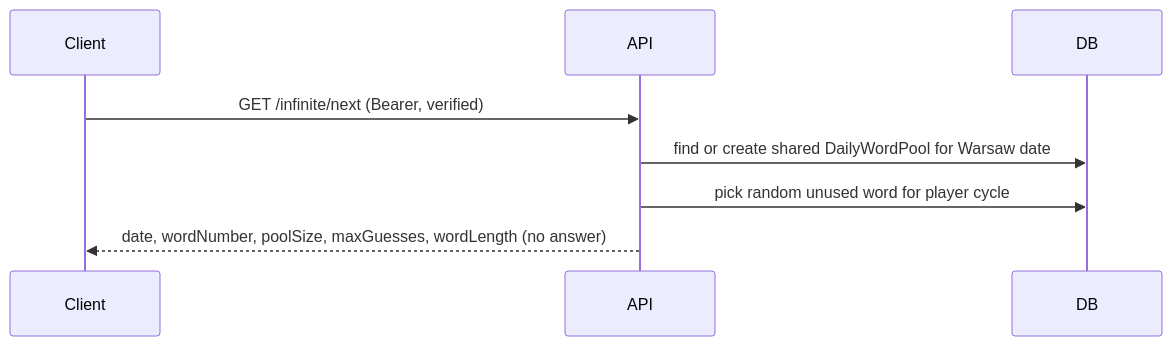
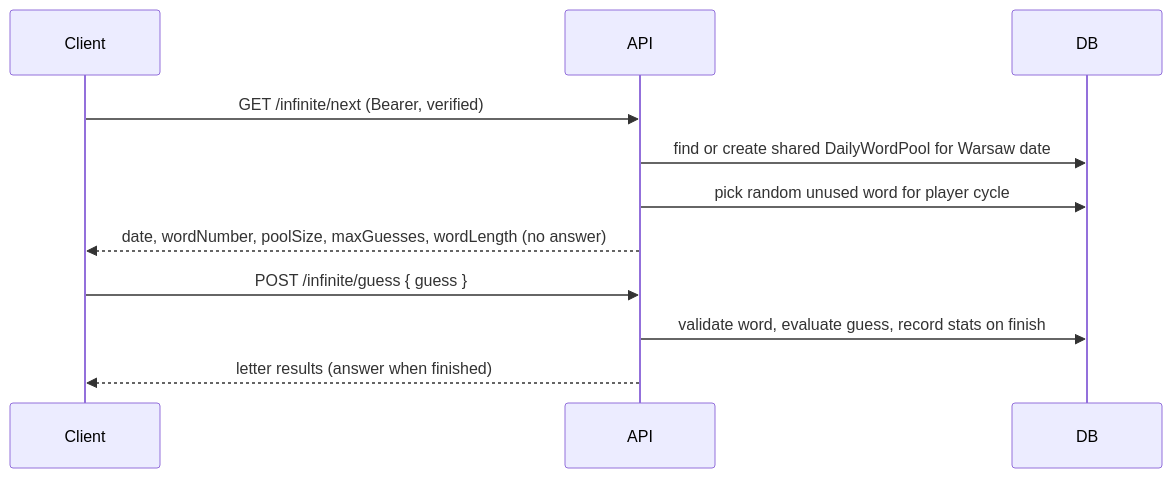
One commit to habbababbai/wordlopol changed the third of 3 diagrams in apps/api/docs/API.md. Above: the diagram before and after it, drawn with Mermaid. The commit also changed other lines of this file and 20 other files, not shown here.

First line of the commit message:
feat(api): add daily and infinite guess endpoints (#23)

````diff
--- a/apps/api/docs/API.md
+++ b/apps/api/docs/API.md
@@ -478,11 +535,14 @@
 ```mermaid
 sequenceDiagram
     participant Client
     participant API
     participant DB
 
     Client->>API: GET /infinite/next (Bearer, verified)
     API->>DB: find or create shared DailyWordPool for Warsaw date
     API->>DB: pick random unused word for player cycle
     API-->>Client: date, wordNumber, poolSize, maxGuesses, wordLength (no answer)
+    Client->>API: POST /infinite/guess { guess }
+    API->>DB: validate word, evaluate guess, record stats on finish
+    API-->>Client: letter results (answer when finished)
 ```
````
